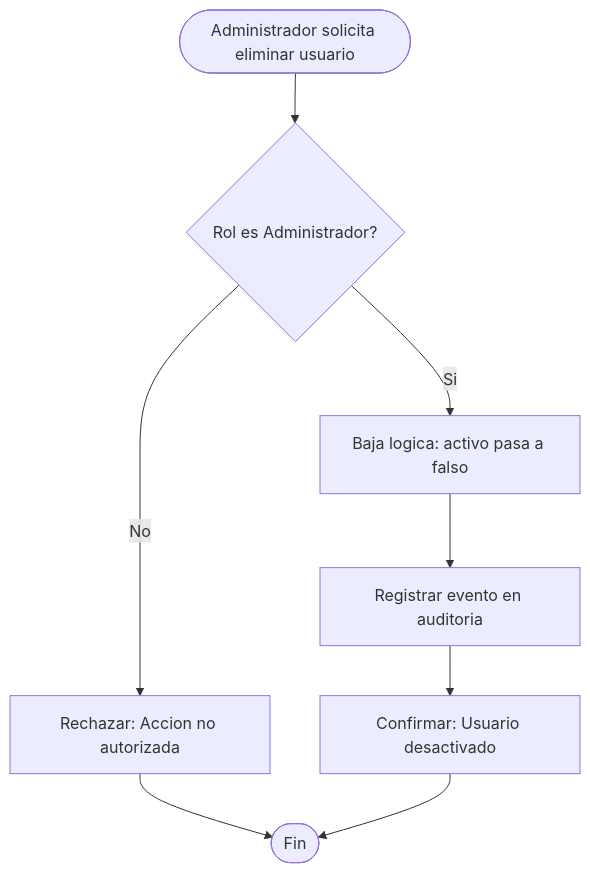
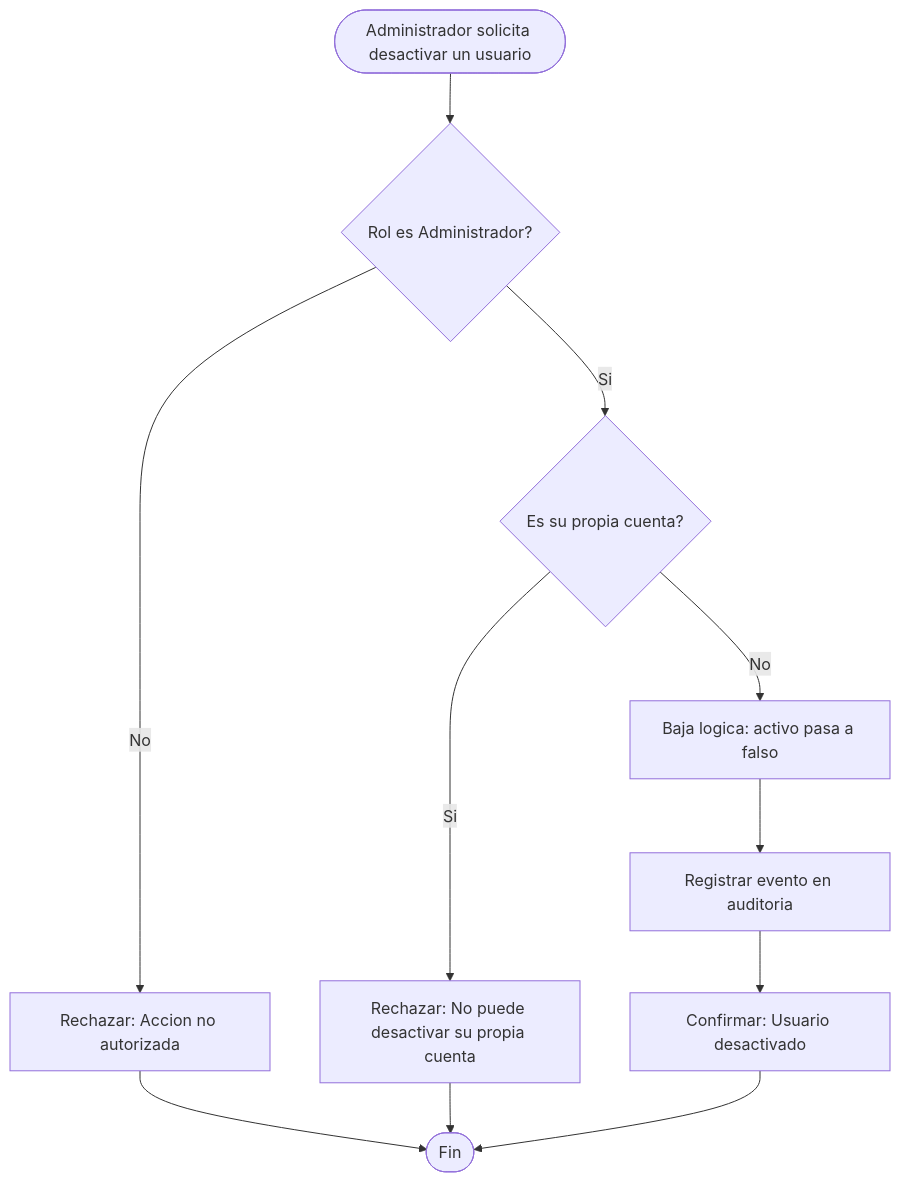
One commit to adlerOmonte1/LogisticaMinera changed the second of 2 diagrams in docs/modulos/M01-autenticacion/diagramas/actividades.md. Above: the diagram before and after it, drawn with Mermaid. The commit also changed other lines of this file and 72 other files, not shown here.

````diff
--- a/docs/modulos/M01-autenticacion/diagramas/actividades.md
+++ b/docs/modulos/M01-autenticacion/diagramas/actividades.md
@@ -35,10 +38,13 @@
 ```mermaid
 flowchart TD
-    Start([Administrador solicita eliminar usuario]) --> V1{Rol es Administrador?}
+    Start([Administrador solicita desactivar un usuario]) --> V1{Rol es Administrador?}
     V1 -->|No| E1[Rechazar: Accion no autorizada]
     E1 --> Fin([Fin])
-    V1 -->|Si| B1[Baja logica: activo pasa a falso]
+    V1 -->|Si| V2{Es su propia cuenta?}
+    V2 -->|Si| E2[Rechazar: No puede desactivar su propia cuenta]
+    E2 --> Fin
+    V2 -->|No| B1[Baja logica: activo pasa a falso]
     B1 --> A1[Registrar evento en auditoria]
     A1 --> M1[Confirmar: Usuario desactivado]
     M1 --> Fin
 ```
````
